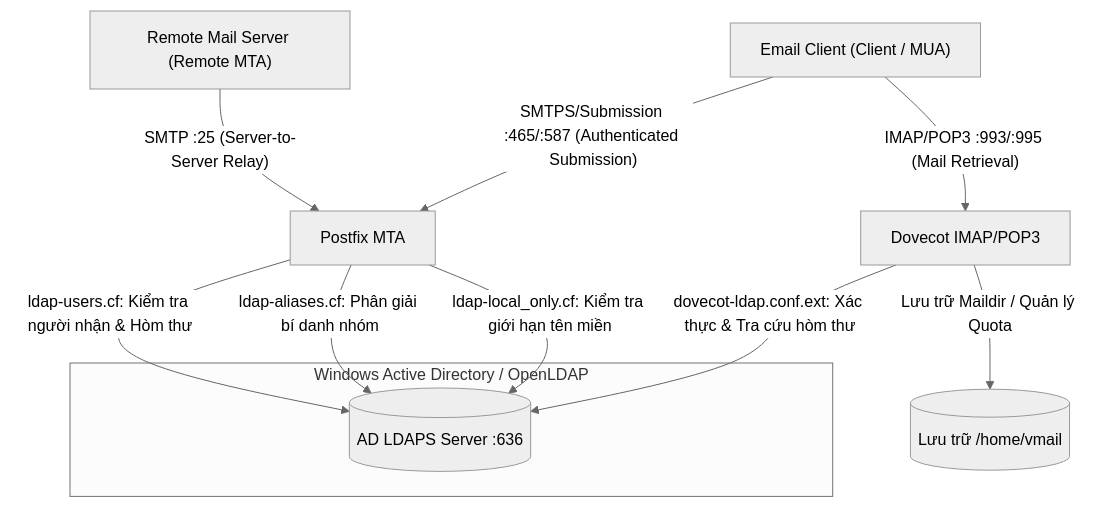
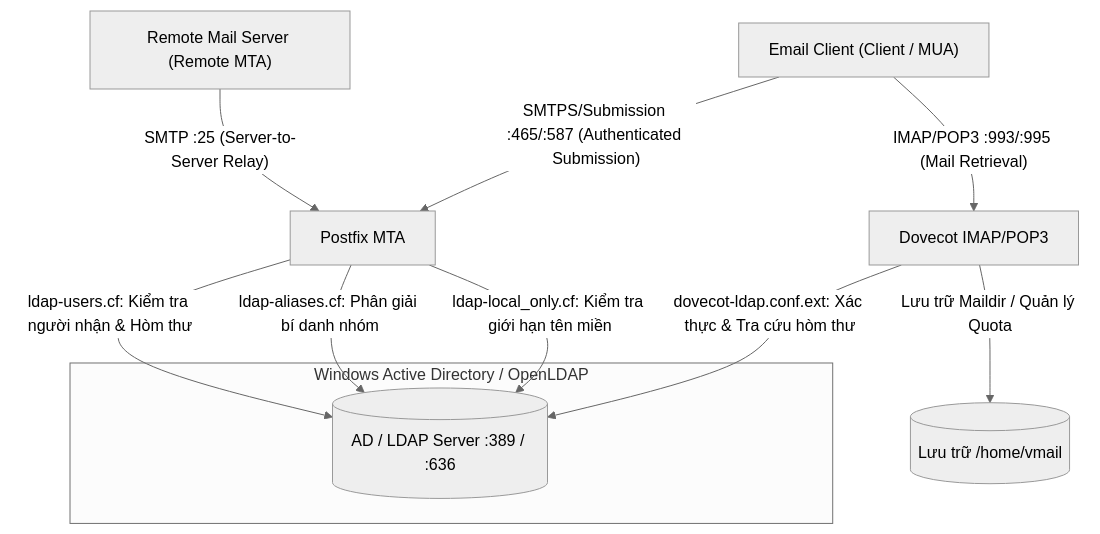
Before and after one commit to WilliamFromTW/docker-Postfix-AD: the first of 4 diagrams in ARCHITECTURE.vi.md, drawn with Mermaid (neutral theme). The commit also changed other lines of this file and 17 other files, not shown here.

Commit message:
feat(ldap): support configurable LDAP/LDAPS port with ENABLE_LDAPS (default 389)

````diff
--- a/ARCHITECTURE.vi.md
+++ b/ARCHITECTURE.vi.md
@@ -21,16 +21,16 @@
 ```mermaid
 graph TD
     RemoteMTA["Remote Mail Server (Remote MTA)"] -->|"SMTP :25 (Server-to-Server Relay)"| Postfix["Postfix MTA"]
     Client["Email Client (Client / MUA)"] -->|"SMTPS/Submission :465/:587 (Authenticated Submission)"| Postfix
     Client -->|"IMAP/POP3 :993/:995 (Mail Retrieval)"| Dovecot["Dovecot IMAP/POP3"]
     
     subgraph AD_DC ["Windows Active Directory / OpenLDAP"]
-        AD[("AD LDAPS Server :636")]
+        AD[("AD / LDAP Server :389 / :636")]
     end
 
     Postfix -->|ldap-users.cf: Kiểm tra người nhận & Hòm thư| AD
     Postfix -->|ldap-aliases.cf: Phân giải bí danh nhóm| AD
     Postfix -->|ldap-local_only.cf: Kiểm tra giới hạn tên miền| AD
     Dovecot -->|dovecot-ldap.conf.ext: Xác thực & Tra cứu hòm thư| AD
     Dovecot -->|Lưu trữ Maildir / Quản lý Quota| VMail[("Lưu trữ /home/vmail")]
 ```
````
